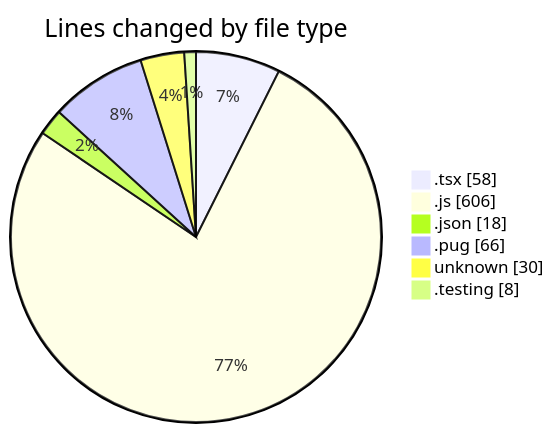
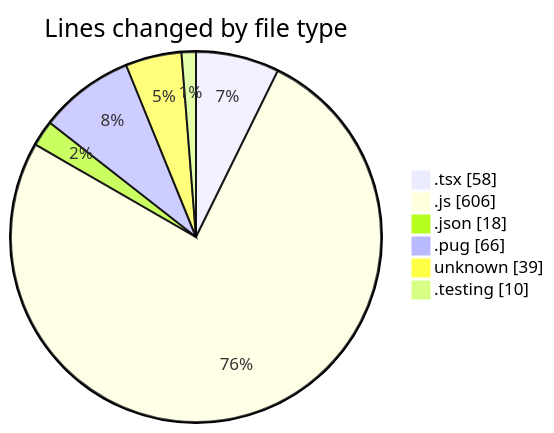
Before and after one commit to momahboobian/code-tracking: the first of 2 diagrams in 2025-03-07/cda/README.md, drawn with Mermaid. The commit also changed other lines of this file and 1 other file, not shown here.

````diff
--- a/2025-03-07/cda/README.md
+++ b/2025-03-07/cda/README.md
@@ -26,10 +26,10 @@
 ```mermaid
 pie showData
 title Lines changed by file type
 ".tsx" : 58
 ".js" : 606
 ".json" : 18
 ".pug" : 66
-"unknown" : 30
-".testing" : 8
+"unknown" : 39
+".testing" : 10
 ```
````
